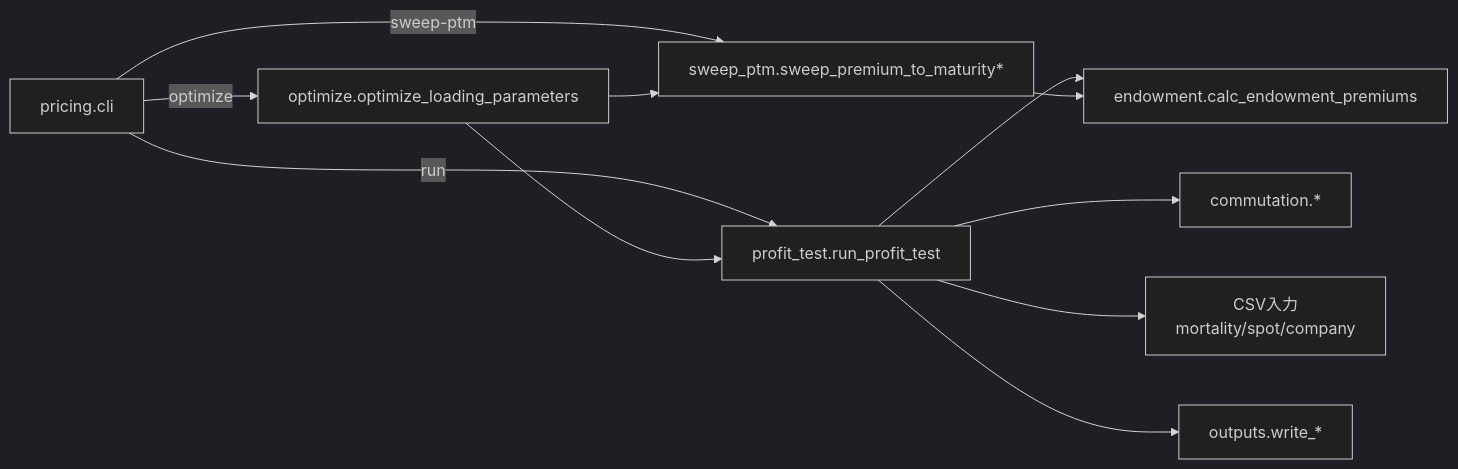
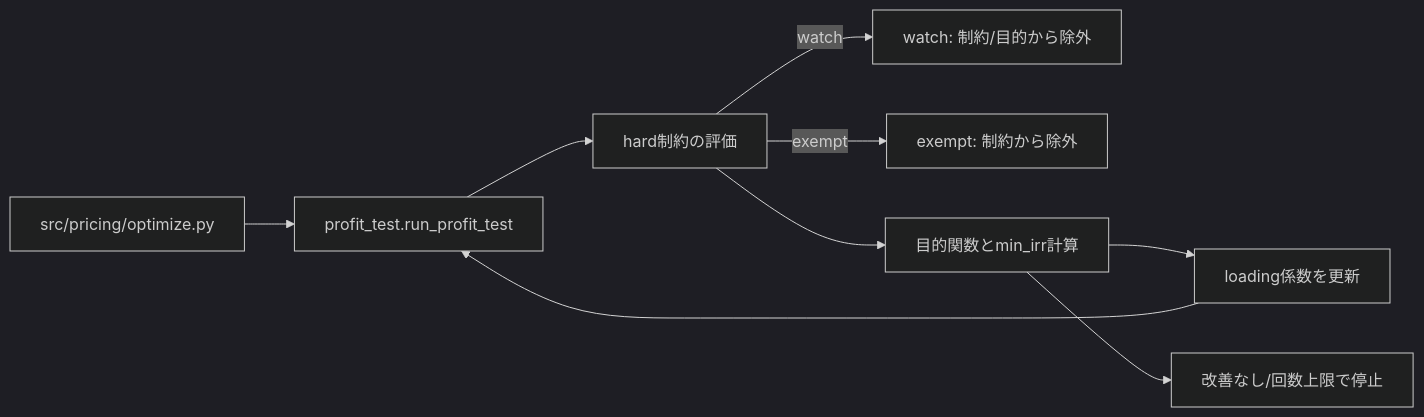
One commit to otacake/pricing-automation changed the second of 2 diagrams in README.md. Above: the diagram before and after it, drawn with Mermaid (dark theme). The commit also changed other lines of this file and 2 other files, not shown here.

````diff
--- a/README.md
+++ b/README.md
@@ -168,15 +168,11 @@
 ```mermaid
 flowchart LR
-  CLI[pricing.cli] -->|run| ProfitTest[profit_test.run_profit_test]
-  CLI -->|optimize| Optimize[optimize.optimize_loading_parameters]
-  CLI -->|sweep-ptm| Sweep[sweep_ptm.sweep_premium_to_maturity*]
-
-  ProfitTest --> Endowment[endowment.calc_endowment_premiums]
-  ProfitTest --> Commutation[commutation.*]
-  ProfitTest --> Inputs[CSV入力\nmortality/spot/company]
-  ProfitTest --> Outputs[outputs.write_*]
-
-  Optimize --> ProfitTest
-  Optimize --> Sweep
-  Sweep --> Endowment
+  Start[src/pricing/optimize.py] --> Eval[profit_test.run_profit_test]
+  Eval --> Constraints[hard制約の評価]
+  Constraints -->|watch| Watch[watch: 制約/目的から除外]
+  Constraints -->|exempt| Exempt[exempt: 制約から除外]
+  Constraints --> Score[目的関数とmin_irr計算]
+  Score --> Update[loading係数を更新]
+  Update --> Eval
+  Score --> Stop[改善なし/回数上限で停止]
 ```
````
